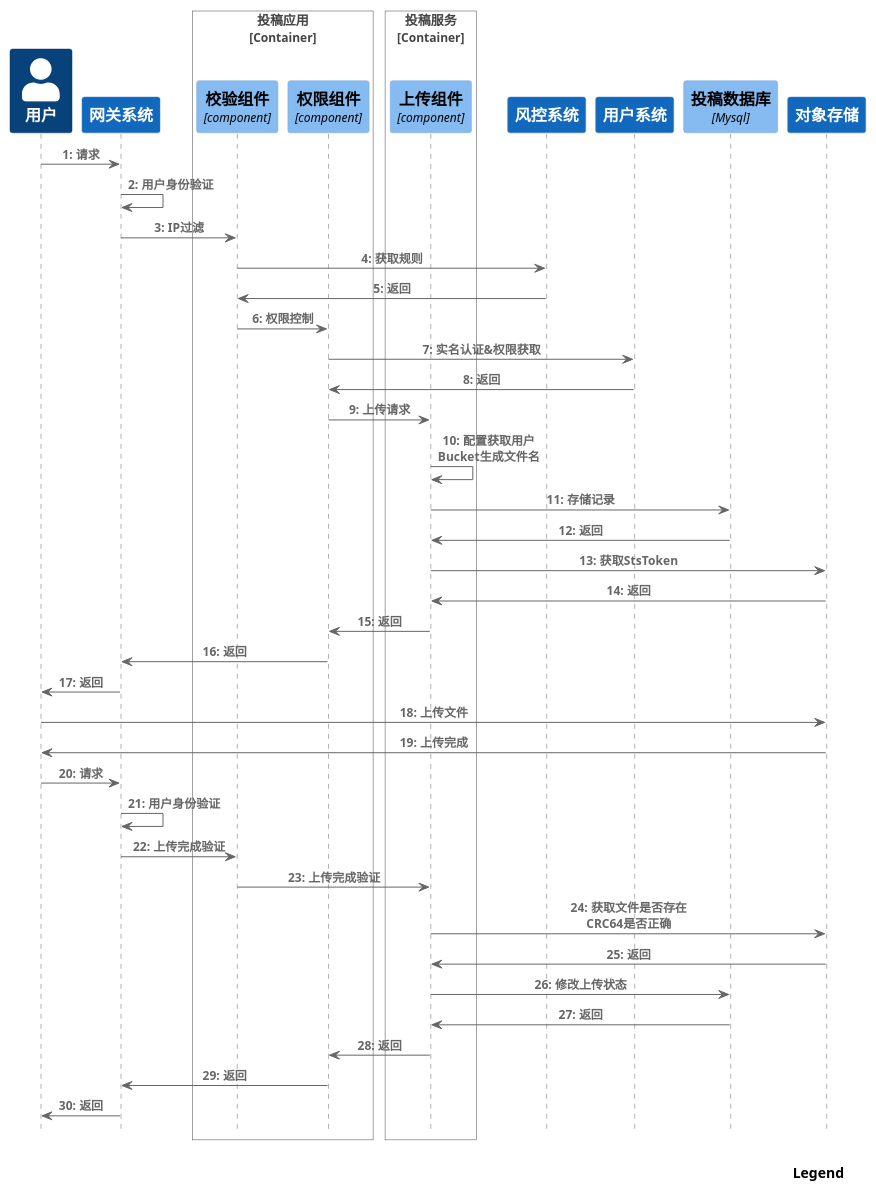
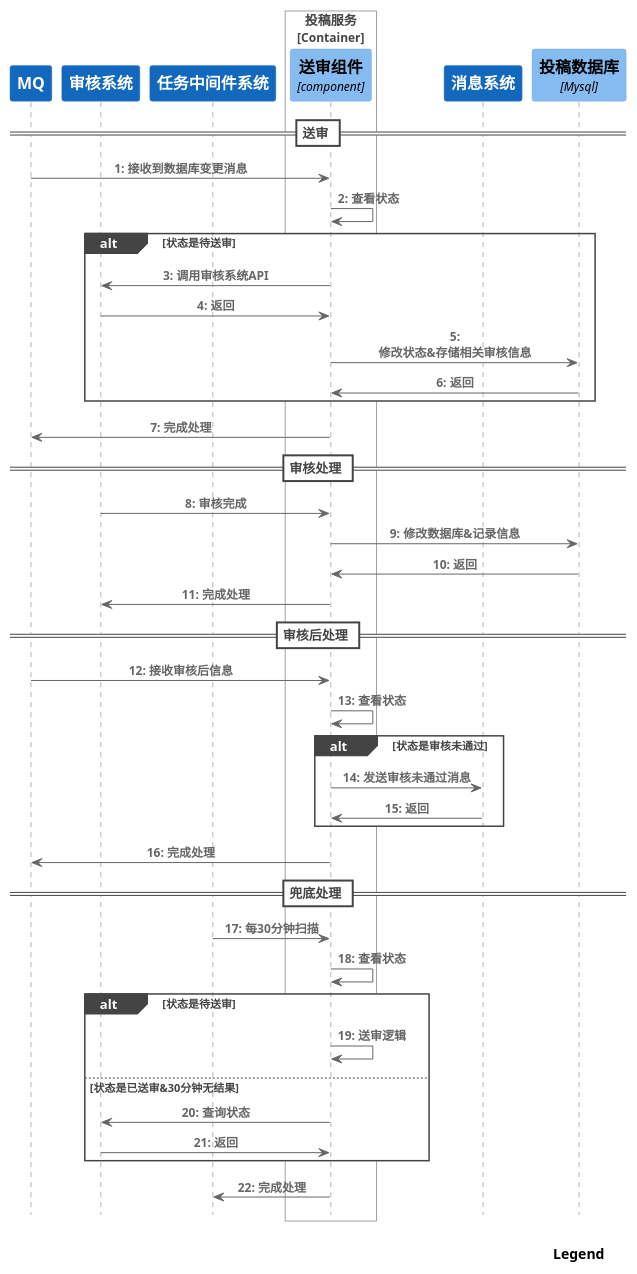
Before and after one commit to nxnnxn/community-doc: the diagram in puml/content/post/audit/auditpostseq.puml, drawn with PlantUML. The commit also changed 5 other files, not shown here.

```diff
--- a/puml/content/post/audit/auditpostseq.puml
+++ b/puml/content/post/audit/auditpostseq.puml
@@ -1,59 +1,55 @@
 @startuml
 !include <C4/C4_Sequence>
 SHOW_INDEX()
 SHOW_LEGEND()
-
-Person(user, "用户")
-System(gateway,"网关系统")
-
-Rel(user, gateway, "请求")
-Rel(gateway, gateway, "用户身份验证")
-
-Container_Boundary(postFacade, "投稿应用")
-    Component(checkComponent, "校验组件", "component", "IP校验&安全检验")
-    Component(authComponent, "权限组件", "component", "用户权限检验")
+System(rocketmq,"MQ")
+System(auditSystem,"审核系统")
+System(job,"任务中间件系统")
+Container_Boundary(postService, "投稿服务")
+    Component(auditComponent, "送审组件", "component", "内容送审")
 Boundary_End()
 
-Container_Boundary(postService, "投稿服务")
-    Component(uploadComponent, "上传组件", "component", "上传令牌服务")
-Boundary_End()
-System(security,"风控系统")
-System(userSystem,"用户系统")
+System(messageSystem,"消息系统")
 ComponentDb(db, "投稿数据库", "Mysql")
 
-Rel(gateway, checkComponent, "IP过滤")
-Rel(checkComponent, security, "获取规则")
-Rel(security,checkComponent, "返回")
-Rel(checkComponent, authComponent, "权限控制")
-Rel(authComponent, userSystem, "实名认证&权限获取")
-Rel(userSystem,authComponent, "返回")
-Rel(authComponent, uploadComponent, "上传请求")
-Rel(uploadComponent, uploadComponent, "配置获取用户\nBucket生成文件名")
-Rel(uploadComponent, db, "存储记录")
-Rel(db, uploadComponent, "返回")
-System(objectStorage, "对象存储")
-Rel(uploadComponent, objectStorage, "获取StsToken")
-Rel(objectStorage, uploadComponent, "返回")
-Rel(uploadComponent, authComponent, "返回")
-Rel(authComponent, gateway, "返回")
-Rel(gateway, user, "返回")
-Rel(user, objectStorage, "上传文件")
-Rel(objectStorage, user, "上传完成")
-Rel(user, gateway, "请求")
-Rel(gateway, gateway, "用户身份验证")
-Rel(gateway, checkComponent, "上传完成验证")
-Rel(checkComponent, uploadComponent, "上传完成验证")
-Rel(uploadComponent, objectStorage, "获取文件是否存在\nCRC64是否正确")
-Rel(objectStorage, uploadComponent, "返回")
-Rel(uploadComponent, db, "修改上传状态")
-Rel(db, uploadComponent, "返回")
-Rel(uploadComponent, authComponent, "返回")
-Rel(authComponent, gateway, "返回")
-Rel(gateway, user, "返回")
+== 送审 ==
+Rel(rocketmq, auditComponent, "接收到数据库变更消息")
+Rel(auditComponent, auditComponent, "查看状态")
+alt 状态是待送审
+ Rel(auditComponent, auditSystem, "调用审核系统API")
+ Rel(auditSystem, auditComponent, "返回")
+ Rel(auditComponent,db , "修改状态&存储相关审核信息")
+ Rel(db,auditComponent , "返回")
+end
+Rel(auditComponent,rocketmq , "完成处理")
+
+== 审核处理 ==
+Rel(auditSystem, auditComponent, "审核完成")
+Rel(auditComponent, db, "修改数据库&记录信息")
+Rel(db,auditComponent , "返回")
+Rel(auditComponent,auditSystem , "完成处理")
 
 
+== 审核后处理 ==
+Rel(rocketmq, auditComponent, "接收审核后信息")
+Rel(auditComponent, auditComponent, "查看状态")
+alt 状态是审核未通过
+ Rel(auditComponent, messageSystem, "发送审核未通过消息")
+ Rel(messageSystem, auditComponent, "返回")
+end
+Rel(auditComponent,rocketmq , "完成处理")
 
 
+== 兜底处理 ==
+Rel(job, auditComponent, "每30分钟扫描")
+Rel(auditComponent, auditComponent, "查看状态")
+alt 状态是待送审
+ Rel(auditComponent, auditComponent, "送审逻辑")
+else 状态是已送审&30分钟无结果
+ Rel(auditComponent, auditSystem, "查询状态")
+ Rel(auditSystem, auditComponent, "返回")
+end
+Rel(auditComponent,job , "完成处理")
 
 
 @enduml
```
